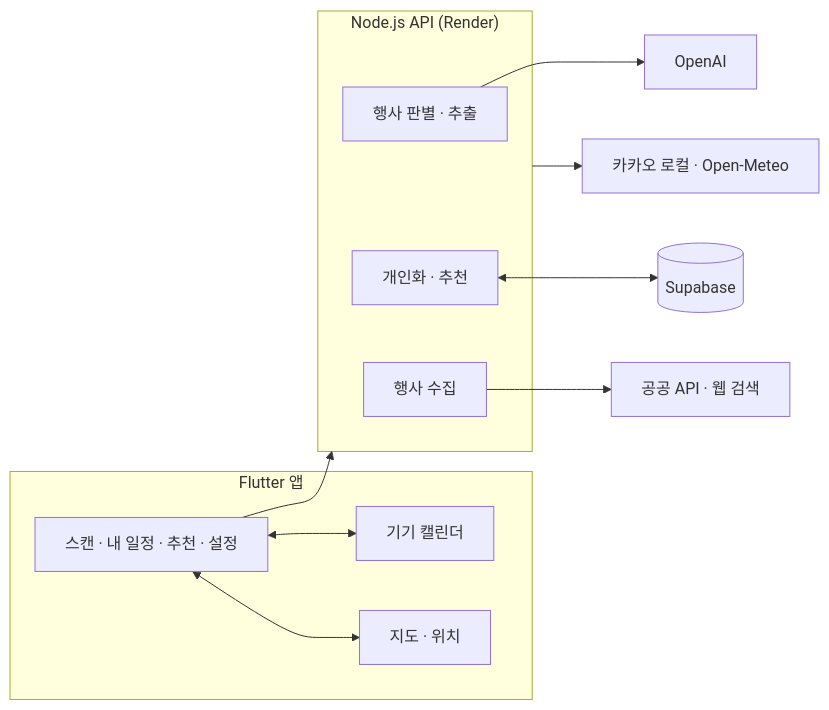
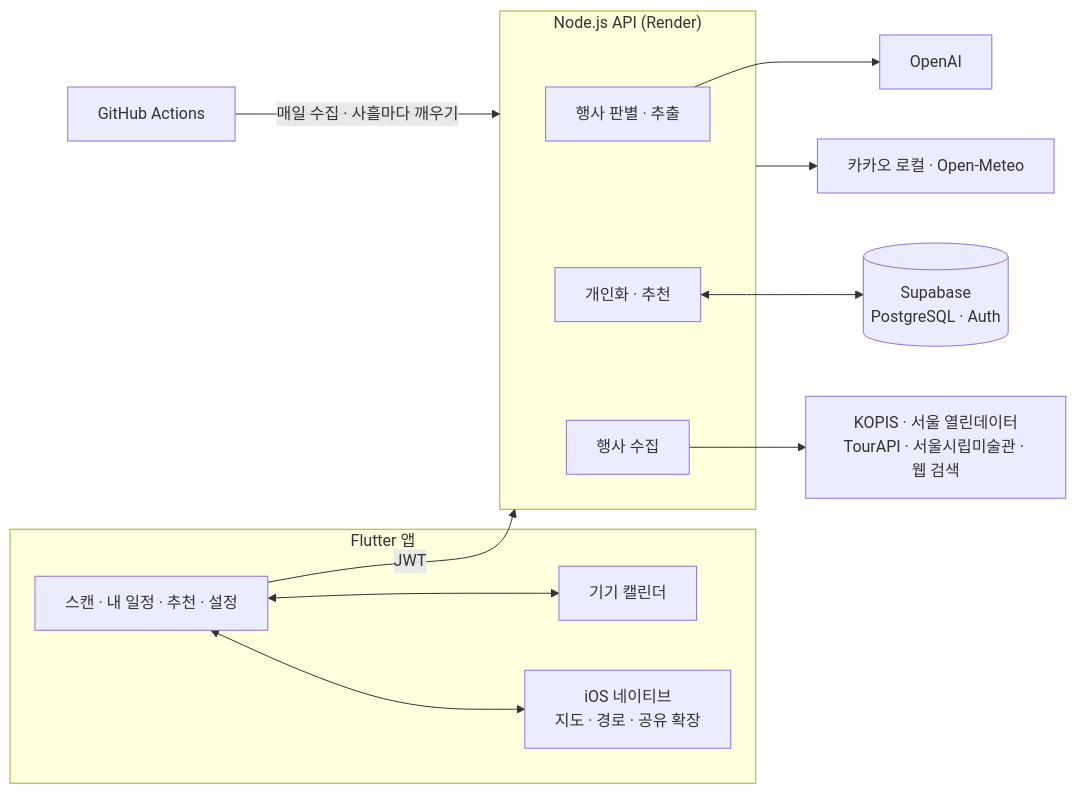
One commit to init726/cue changed the second of 2 diagrams in README.md. Above: the diagram before and after it, drawn with Mermaid. The commit also changed other lines of this file, not shown here.

First line of the commit message:
Document every module, API and failure case in the README

````diff
--- a/README.md
+++ b/README.md
@@ -112,20 +95,21 @@
 ```mermaid
 flowchart LR
     subgraph App["Flutter 앱"]
         UI["스캔 · 내 일정 · 추천 · 설정"]
         Cal["기기 캘린더"]
-        Map["지도 · 위치"]
+        Native["iOS 네이티브<br/>지도 · 경로 · 공유 확장"]
     end
     subgraph Server["Node.js API (Render)"]
         AI["행사 판별 · 추출"]
         Rec["개인화 · 추천"]
         Cat["행사 수집"]
     end
     UI <--> Cal
-    UI <--> Map
-    UI --> Server
+    UI <--> Native
+    UI -- "JWT" --> Server
     AI --> OpenAI["OpenAI"]
-    Rec <--> DB[("Supabase")]
-    Cat --> Pub["공공 API · 웹 검색"]
+    Rec <--> DB[("Supabase<br/>PostgreSQL · Auth")]
+    Cat --> Pub["KOPIS · 서울 열린데이터<br/>TourAPI · 서울시립미술관 · 웹 검색"]
     Server --> Ext["카카오 로컬 · Open-Meteo"]
+    GH["GitHub Actions"] -- "매일 수집 · 사흘마다 깨우기" --> Server
 ```
````
